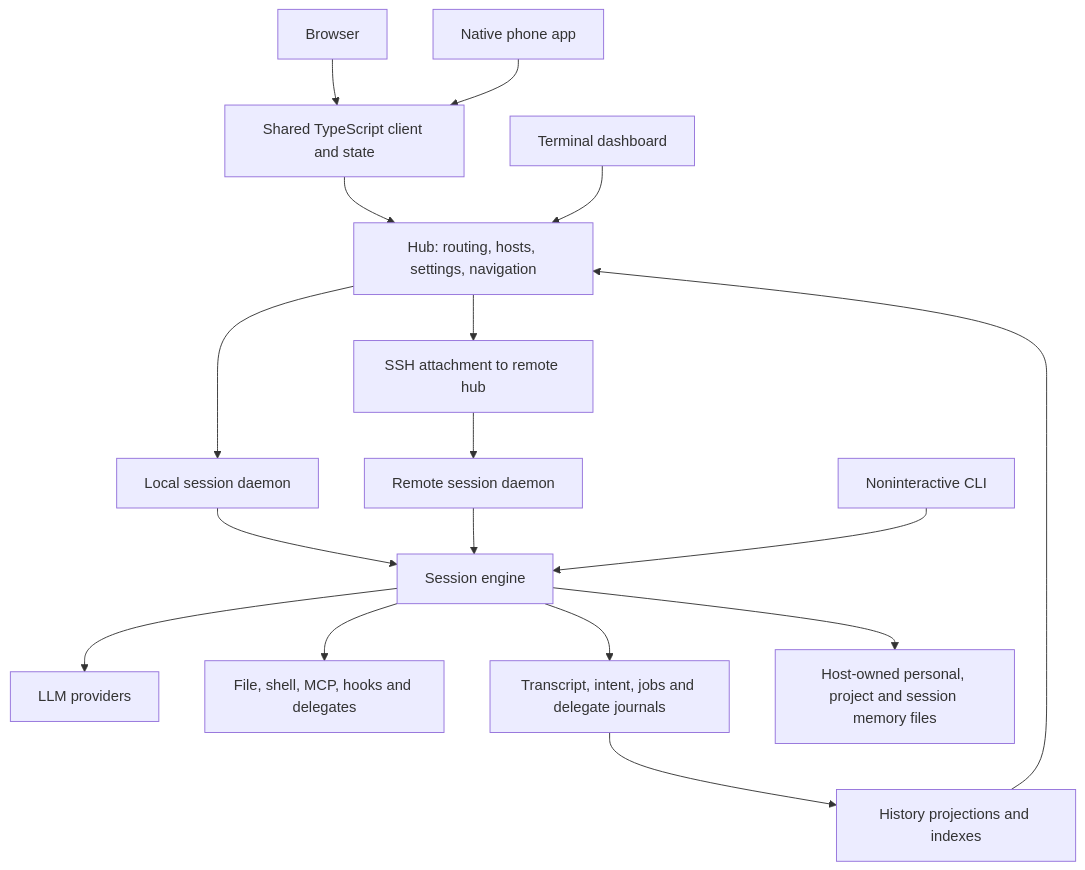
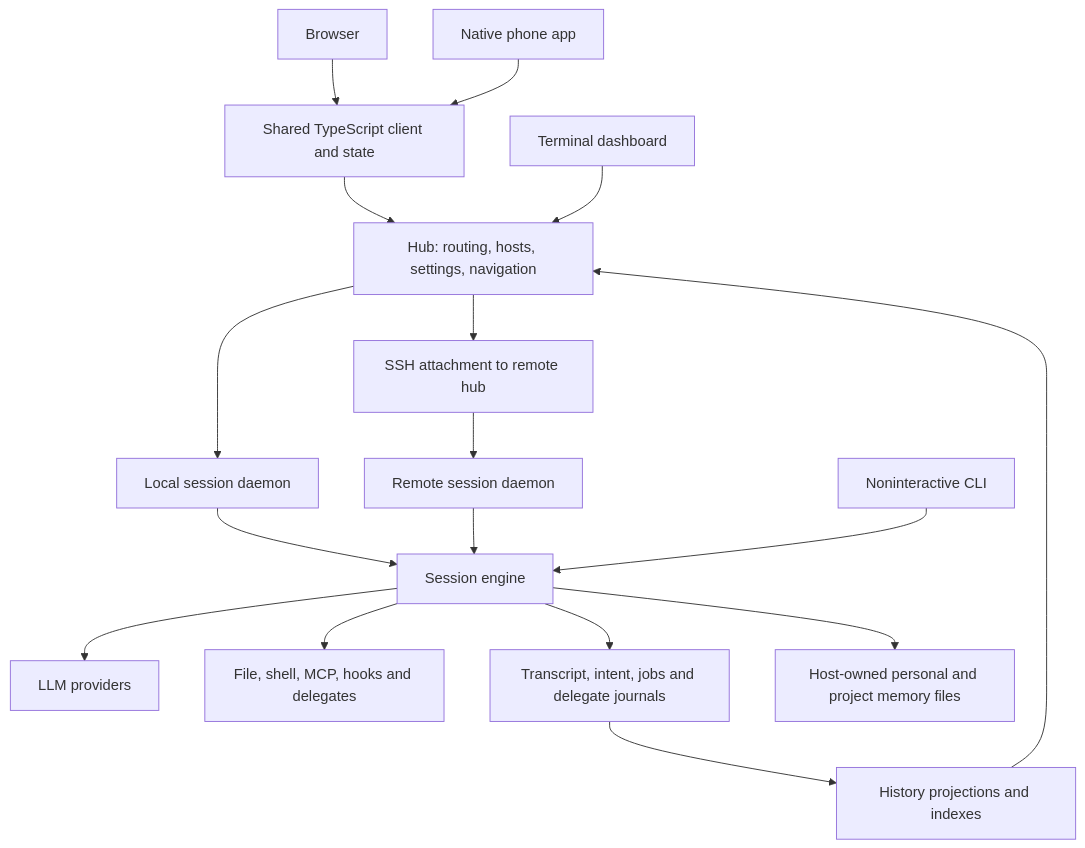
Before and after one commit to prime-radiant-inc/evener: the diagram in docs/product/subsystems.md, drawn with Mermaid. The commit also changed other lines of this file and 3 other files, not shown here.

First line of the commit message:
docs: describe memory as personal and project scopes only

````diff
--- a/docs/product/subsystems.md
+++ b/docs/product/subsystems.md
@@ -14,19 +14,19 @@
 ```mermaid
 flowchart TD
     Web[Browser] --> TS[Shared TypeScript client and state]
     Native[Native phone app] --> TS
     TS --> Hub[Hub: routing, hosts, settings, navigation]
     TUI[Terminal dashboard] --> Hub
     Hub --> Local[Local session daemon]
     Hub --> Remote[SSH attachment to remote hub]
     Remote --> RemoteDaemon[Remote session daemon]
     Local --> Agent[Session engine]
     RemoteDaemon --> Agent
     CLI[Noninteractive CLI] --> Agent
     Agent --> Providers[LLM providers]
     Agent --> Tools[File, shell, MCP, hooks and delegates]
     Agent --> State[Transcript, intent, jobs and delegate journals]
-    Agent --> Memory[Host-owned personal, project and session memory files]
+    Agent --> Memory[Host-owned personal and project memory files]
     State --> Views[History projections and indexes]
     Views --> Hub
 ```
````
